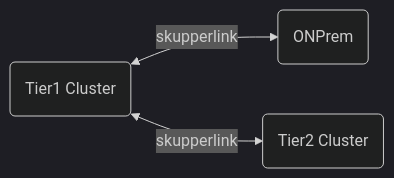
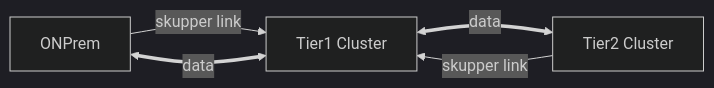
One commit to Multi-Cluster/RHSI-Hackathon changed the fifth of 6 diagrams in online-boutique/kustomize/MigrateWithRHSI.md. Above: the diagram before and after it, drawn with Mermaid (dark theme). The commit also changed other lines of this file, not shown here.

````diff
--- a/online-boutique/kustomize/MigrateWithRHSI.md
+++ b/online-boutique/kustomize/MigrateWithRHSI.md
@@ -138,6 +215,8 @@
 ```mermaid
 graph LR
     
-    B(Tier1 Cluster)<-- skupperlink -->A(ONPrem)
-    B(Tier1 Cluster)<-- skupperlink -->C(Tier2 Cluster)
+    A[ONPrem]  -- skupper link --> B[Tier1 Cluster]
+    A[ONPrem]  <== data ==> B[Tier1 Cluster]
+    B[Tier1 Cluster] <== data ==> C[Tier2 Cluster]
+    C[Tier2 Cluster] -- skupper link --> B[Tier1 Cluster]
 ```
````
